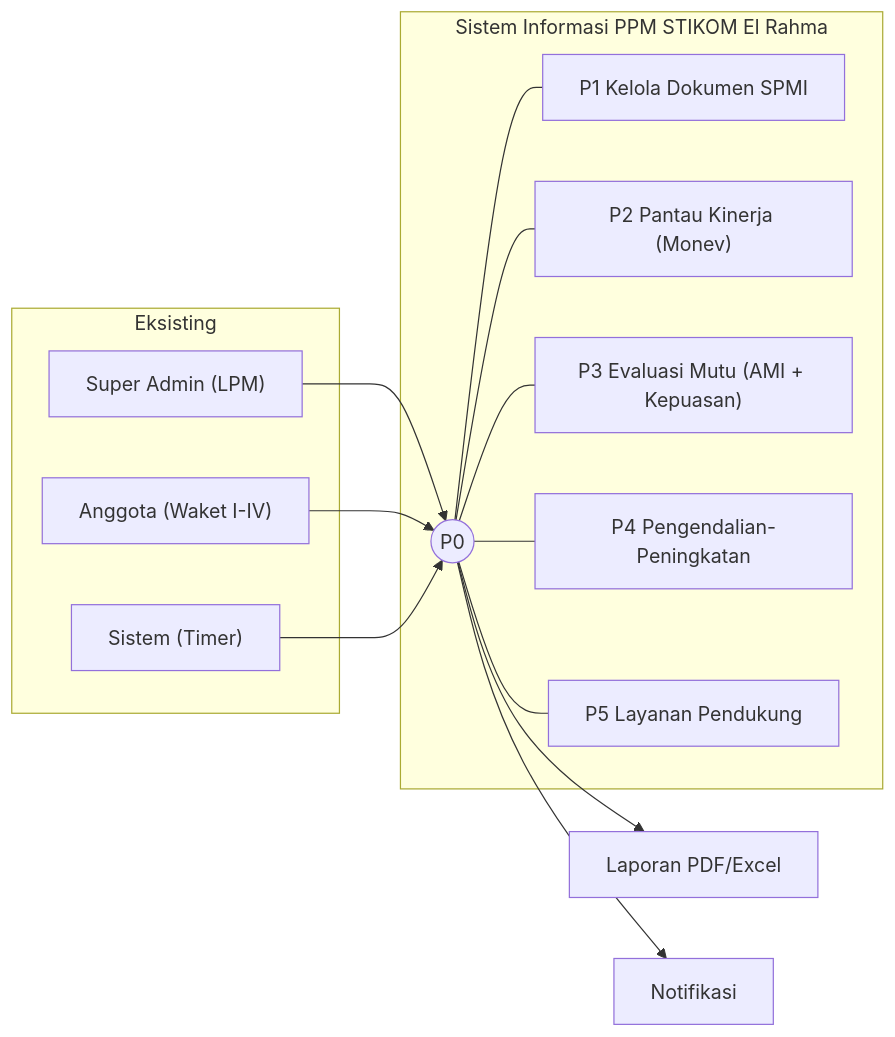
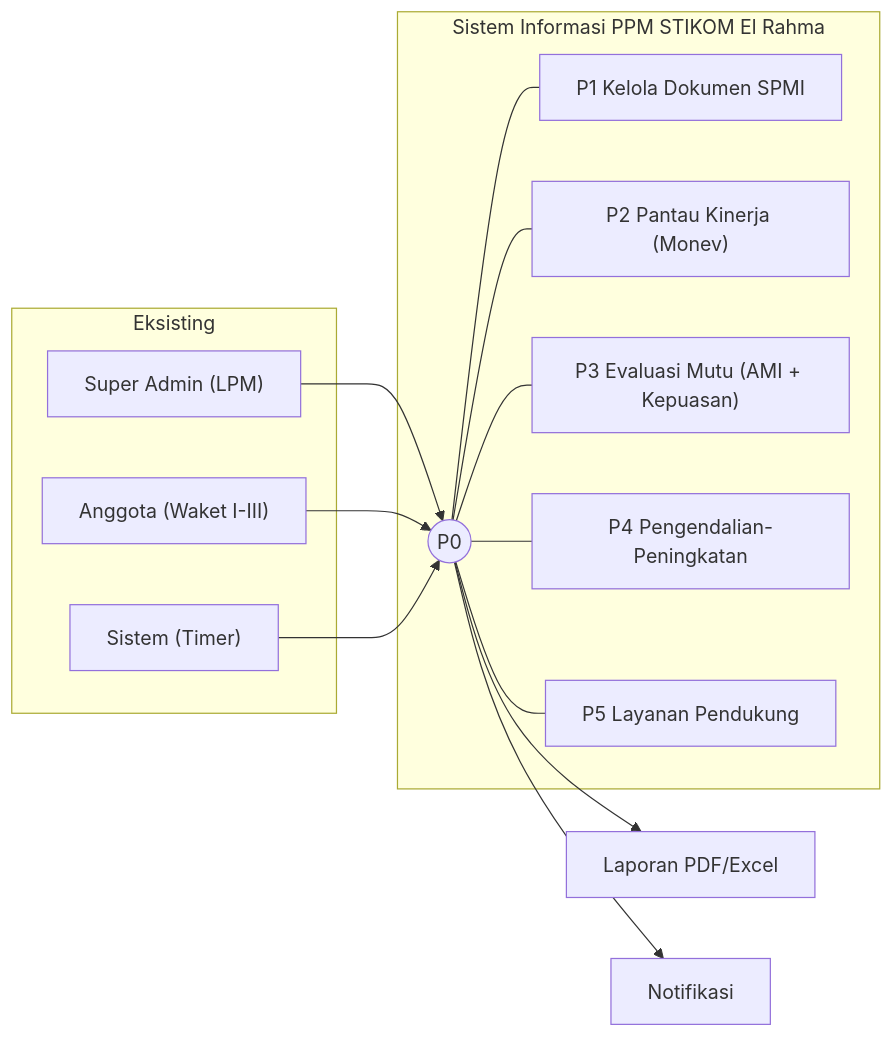
One commit to Gias-Wijaya/spmi-siklus-ppepp changed the diagram in sistem/desain/04-dfd.md. Above: the diagram before and after it, drawn with Mermaid. The commit also changed other lines of this file and 10 other files, not shown here.

First line of the commit message:
fix: revisi struktur — hanya Waket I-III, tanpa Waket IV

````diff
--- a/sistem/desain/04-dfd.md
+++ b/sistem/desain/04-dfd.md
@@ -90,32 +90,32 @@
 ```mermaid
 flowchart LR
   subgraph Eksisting
     SA["Super Admin (LPM)"]
-    AG["Anggota (Waket I-IV)"]
+    AG["Anggota (Waket I-III)"]
     SYS["Sistem (Timer)"]
   end
 
   subgraph Sistem["Sistem Informasi PPM STIKOM El Rahma"]
     P0(("P0"))
     P1["P1 Kelola Dokumen SPMI"]
     P2["P2 Pantau Kinerja (Monev)"]
     P3["P3 Evaluasi Mutu (AMI + Kepuasan)"]
     P4["P4 Pengendalian-Peningkatan"]
     P5["P5 Layanan Pendukung"]
   end
 
   L["Laporan PDF/Excel"]
   N["Notifikasi"]
 
   SA --> P0
   AG --> P0
   SYS --> P0
   P0 --> L
   P0 --> N
 
   P0 --- P1
   P0 --- P2
   P0 --- P3
   P0 --- P4
   P0 --- P5
 ```
````
